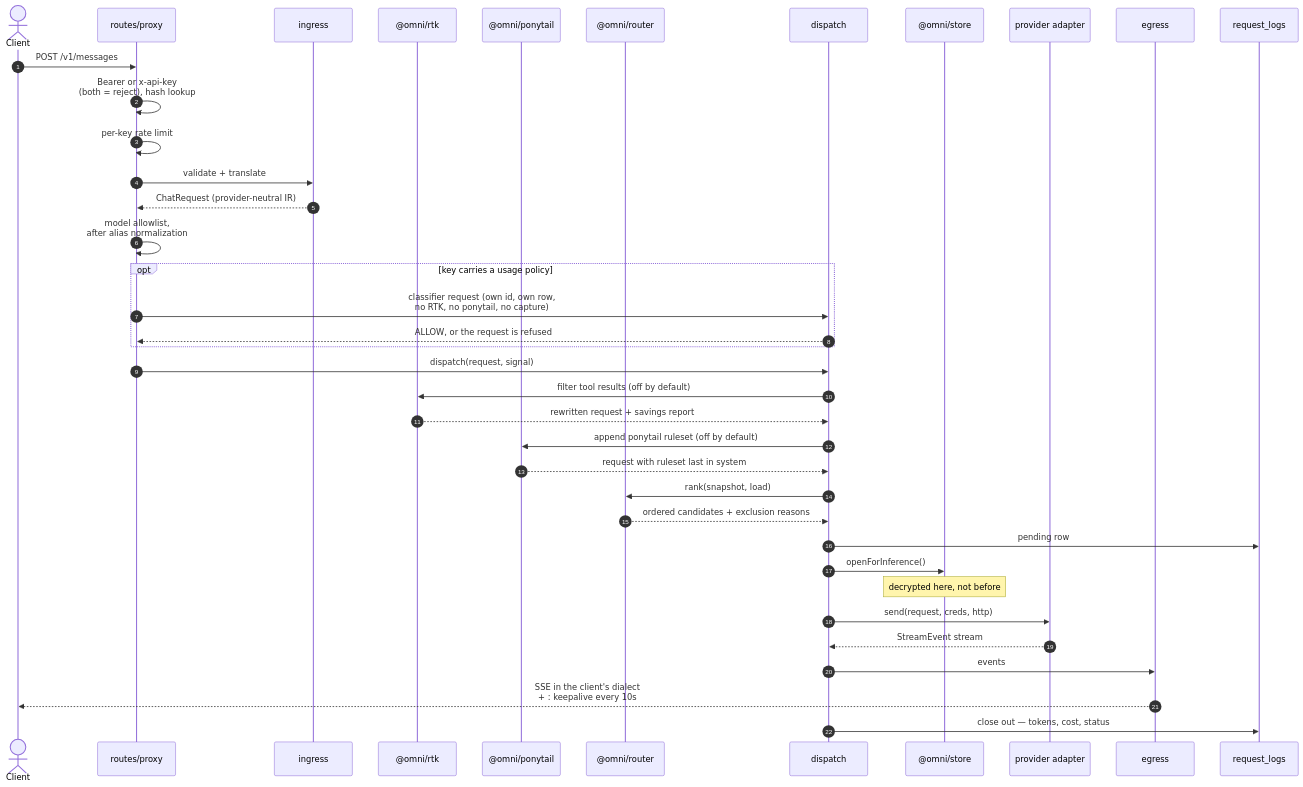
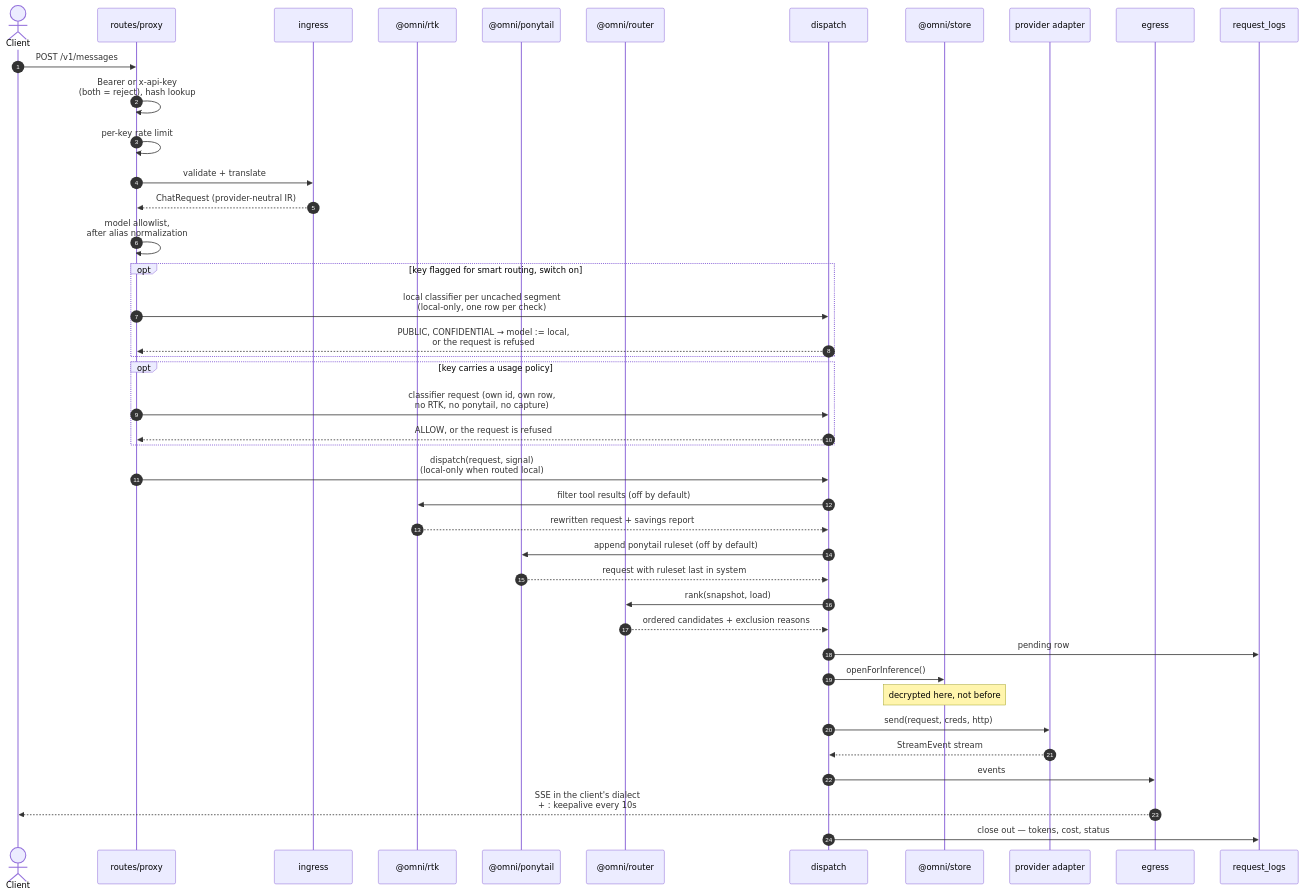
The second of 18 diagrams in ARCHITECTURE.md (harismawan/omnigateway), drawn with Mermaid before and after one commit. The commit also changed 3 other files, not shown here.

Commit message:
docs(smart-router): request-path diagram, oversize row, provider-only refusals

````diff
--- a/ARCHITECTURE.md
+++ b/ARCHITECTURE.md
@@ -112,41 +112,45 @@
 ```mermaid
 sequenceDiagram
   autonumber
   actor Client
   participant Route as routes/proxy
   participant In as ingress
   participant RTK as @omni/rtk
   participant Pony as @omni/ponytail
   participant Router as @omni/router
   participant Disp as dispatch
   participant Cred as @omni/store
   participant Prov as provider adapter
   participant Out as egress
   participant Log as request_logs
 
   Client->>Route: POST /v1/messages
   Route->>Route: Bearer or x-api-key<br/>(both = reject), hash lookup
   Route->>Route: per-key rate limit
   Route->>In: validate + translate
   In-->>Route: ChatRequest (provider-neutral IR)
   Route->>Route: model allowlist,<br/>after alias normalization
+  opt key flagged for smart routing, switch on
+    Route->>Disp: local classifier per uncached segment<br/>(local-only, one row per check)
+    Disp-->>Route: PUBLIC, CONFIDENTIAL → model := local,<br/>or the request is refused
+  end
   opt key carries a usage policy
     Route->>Disp: classifier request (own id, own row,<br/>no RTK, no ponytail, no capture)
     Disp-->>Route: ALLOW, or the request is refused
   end
-  Route->>Disp: dispatch(request, signal)
+  Route->>Disp: dispatch(request, signal)<br/>(local-only when routed local)
   Disp->>RTK: filter tool results (off by default)
   RTK-->>Disp: rewritten request + savings report
   Disp->>Pony: append ponytail ruleset (off by default)
   Pony-->>Disp: request with ruleset last in system
   Disp->>Router: rank(snapshot, load)
   Router-->>Disp: ordered candidates + exclusion reasons
   Disp->>Log: pending row
   Disp->>Cred: openForInference()
   Note over Cred: decrypted here, not before
   Disp->>Prov: send(request, creds, http)
   Prov-->>Disp: StreamEvent stream
   Disp->>Out: events
   Out-->>Client: SSE in the client's dialect<br/>+ : keepalive every 10s
   Disp->>Log: close out — tokens, cost, status
 ```
````
